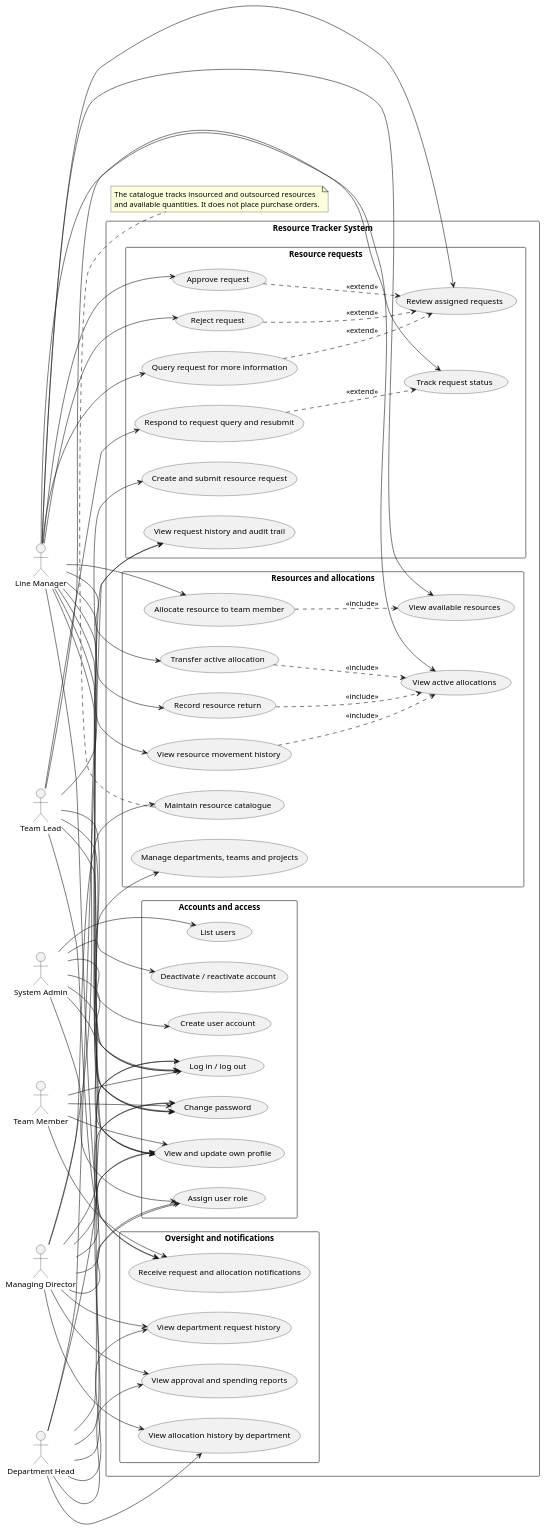
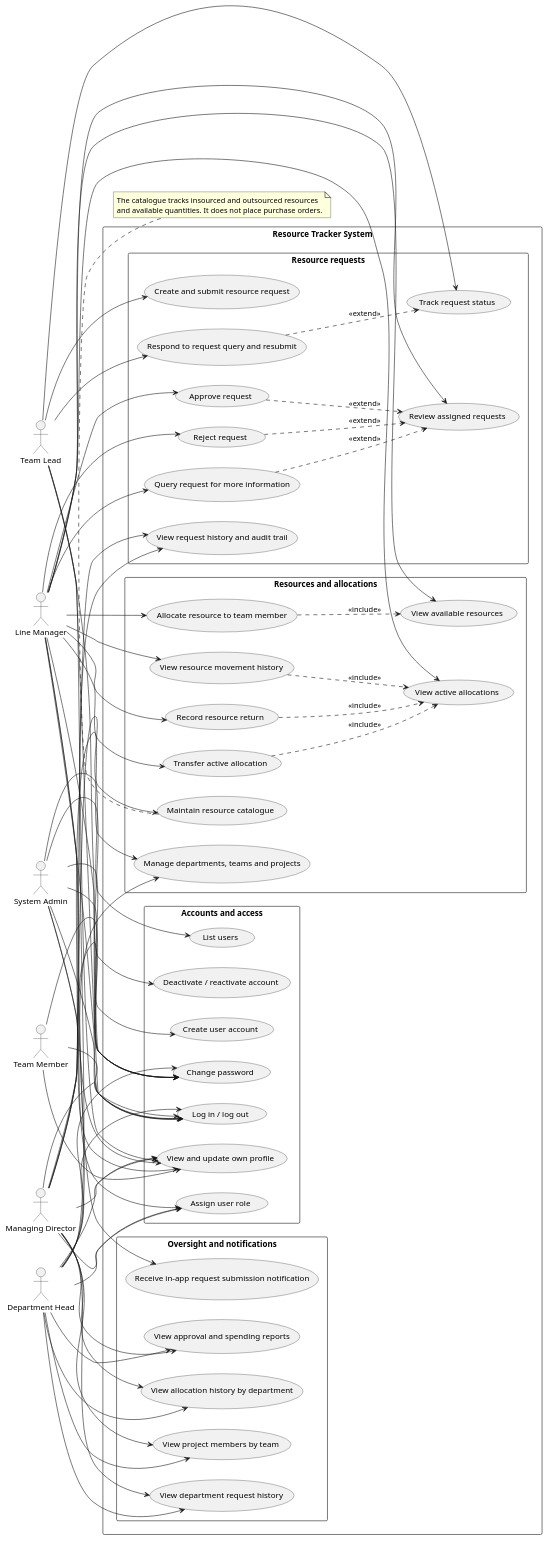
The diagram in resource-tracker-use-cases.puml (LeilaKhonje/Resource-Tracker-Software), drawn with PlantUML before and after one commit. The commit also changed 6 other files, not shown here.

Commit message:
feat(projects): enhance team members endpoint to support team filtering and improve response structure

```diff
--- a/resource-tracker-use-cases.puml
+++ b/resource-tracker-use-cases.puml
@@ -1,123 +1,125 @@
 @startuml ResourceTrackerUseCases
 left to right direction
 skinparam packageStyle rectangle
 skinparam shadowing false
 
 actor "System Admin" as Admin
 actor "Team Lead" as Lead
 actor "Line Manager" as Manager
 actor "Department Head" as Head
 actor "Managing Director" as Director
 actor "Team Member" as Member
 
 rectangle "Resource Tracker System" {
   package "Accounts and access" {
     usecase "Log in / log out" as UC_Auth
     usecase "Change password" as UC_Password
     usecase "View and update own profile" as UC_Profile
     usecase "Create user account" as UC_CreateUser
     usecase "List users" as UC_ListUsers
     usecase "Assign user role" as UC_AssignRole
     usecase "Deactivate / reactivate account" as UC_AccountStatus
   }
 
   package "Resource requests" {
     usecase "Create and submit resource request" as UC_SubmitRequest
     usecase "Respond to request query and resubmit" as UC_RespondQuery
     usecase "Track request status" as UC_TrackRequest
     usecase "Review assigned requests" as UC_ReviewRequests
     usecase "Approve request" as UC_Approve
     usecase "Reject request" as UC_Reject
     usecase "Query request for more information" as UC_Query
     usecase "View request history and audit trail" as UC_RequestAudit
   }
 
   package "Resources and allocations" {
     usecase "Manage departments, teams and projects" as UC_Org
     usecase "Maintain resource catalogue" as UC_Catalogue
     usecase "View available resources" as UC_Available
     usecase "Allocate resource to team member" as UC_Allocate
     usecase "Transfer active allocation" as UC_Transfer
     usecase "Record resource return" as UC_Return
     usecase "View active allocations" as UC_ActiveAllocations
     usecase "View resource movement history" as UC_Movements
   }
 
   package "Oversight and notifications" {
     usecase "View department request history" as UC_DepartmentHistory
     usecase "View approval and spending reports" as UC_Reports
     usecase "View allocation history by department" as UC_AllocationHistory
-    usecase "Receive request and allocation notifications" as UC_Notifications
+    usecase "Receive in-app request submission notification" as UC_Notifications
+    usecase "View project members by team" as UC_ProjectMembers
   }
 }
 
 Admin --> UC_Auth
 Admin --> UC_Password
 Admin --> UC_Profile
 Admin --> UC_CreateUser
 Admin --> UC_ListUsers
 Admin --> UC_AssignRole
 Admin --> UC_AccountStatus
 
 Lead --> UC_Auth
 Lead --> UC_Password
 Lead --> UC_Profile
 Lead --> UC_SubmitRequest
 Lead --> UC_RespondQuery
 Lead --> UC_TrackRequest
-Lead --> UC_Notifications
 
 Manager --> UC_Auth
 Manager --> UC_Password
 Manager --> UC_Profile
 Manager --> UC_ReviewRequests
 Manager --> UC_Approve
 Manager --> UC_Reject
 Manager --> UC_Query
 Manager --> UC_Available
 Manager --> UC_Allocate
 Manager --> UC_Transfer
 Manager --> UC_Return
 Manager --> UC_ActiveAllocations
 Manager --> UC_Movements
 Manager --> UC_Notifications
 
 Head --> UC_Auth
 Head --> UC_Password
 Head --> UC_Profile
 Head --> UC_AssignRole
 Head --> UC_DepartmentHistory
 Head --> UC_Reports
 Head --> UC_AllocationHistory
 Head --> UC_RequestAudit
+Head --> UC_Org
+Head --> UC_ProjectMembers
 
 Director --> UC_Auth
 Director --> UC_Password
 Director --> UC_Profile
 Director --> UC_AssignRole
 Director --> UC_Org
 Director --> UC_Catalogue
 Director --> UC_DepartmentHistory
 Director --> UC_Reports
 Director --> UC_AllocationHistory
 Director --> UC_RequestAudit
+Director --> UC_ProjectMembers
 
 Member --> UC_Auth
 Member --> UC_Password
 Member --> UC_Profile
-Member --> UC_Notifications
 
 UC_RespondQuery ..> UC_TrackRequest : <<extend>>
 UC_Approve ..> UC_ReviewRequests : <<extend>>
 UC_Reject ..> UC_ReviewRequests : <<extend>>
 UC_Query ..> UC_ReviewRequests : <<extend>>
 UC_Allocate ..> UC_Available : <<include>>
 UC_Transfer ..> UC_ActiveAllocations : <<include>>
 UC_Return ..> UC_ActiveAllocations : <<include>>
 UC_Movements ..> UC_ActiveAllocations : <<include>>
 
 note bottom of UC_Catalogue
   The catalogue tracks insourced and outsourced resources
   and available quantities. It does not place purchase orders.
 end note
 @enduml
```
